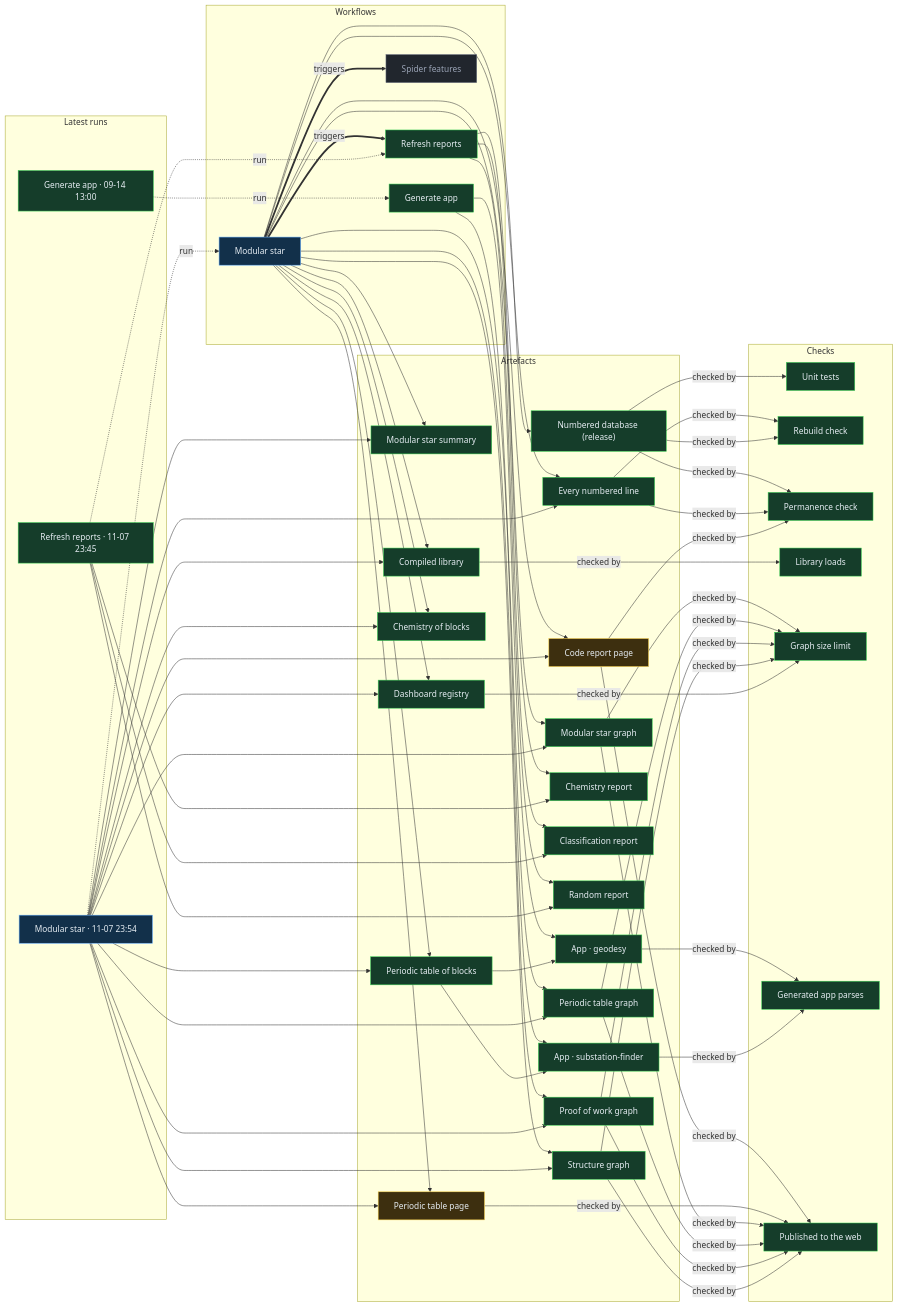
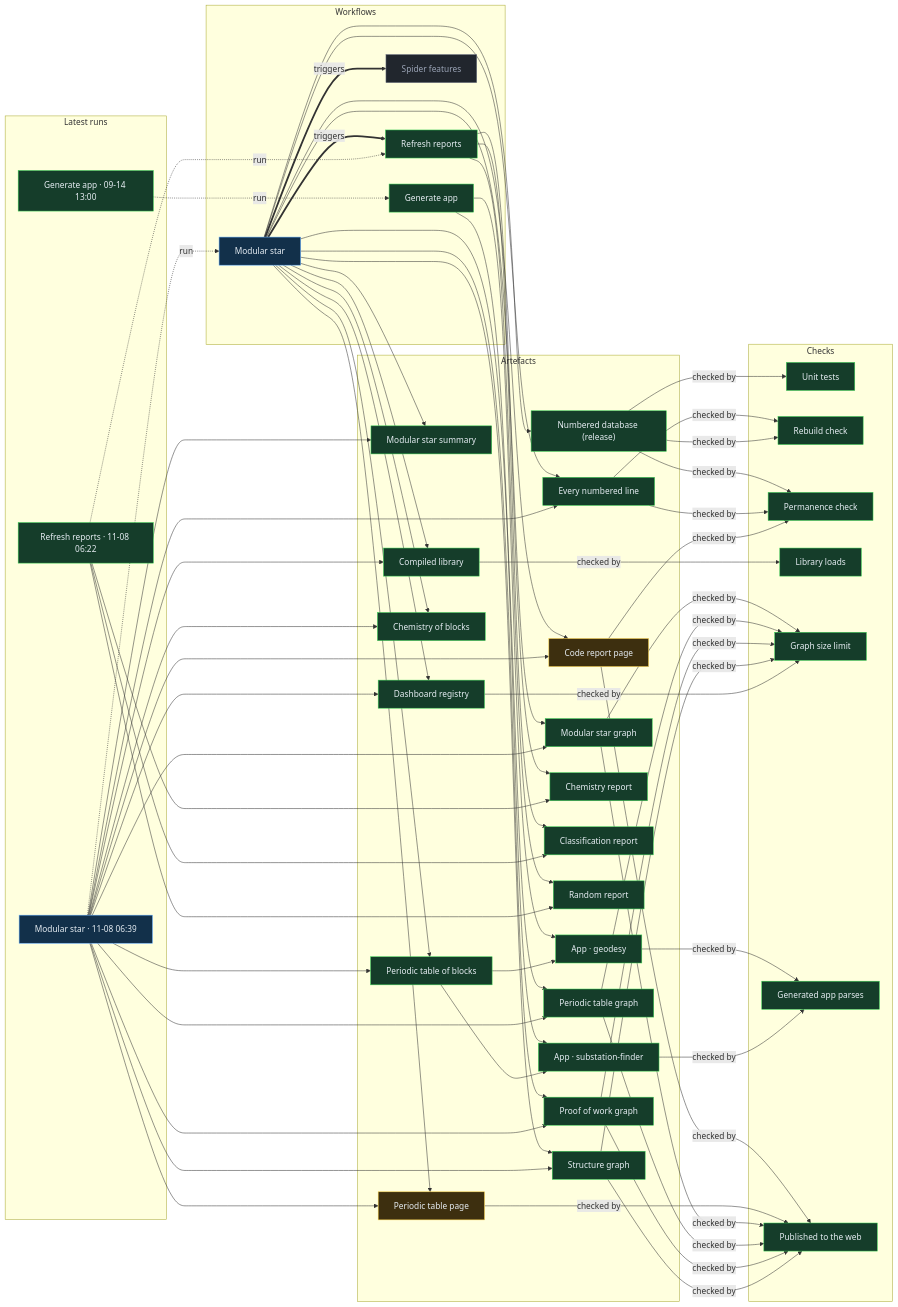
The diagram in proof/PROOF.md (Ventusltd/stars), drawn with Mermaid before and after one commit. The commit also changed other lines of this file and 49 other files, not shown here.

Commit message:
Modular star 2026-11-08T06:41Z

```diff
--- a/proof/PROOF.md
+++ b/proof/PROOF.md
@@ -24,8 +24,8 @@
   n_wf_spider_features["Spider features"]:::off
   end
   subgraph g_runs["Latest runs"]
-  n_run_42427373544["Modular star · 11-07 23:54"]:::live
-  n_run_42426654386["Refresh reports · 11-07 23:45"]:::ok
+  n_run_42455645183["Modular star · 11-08 06:39"]:::live
+  n_run_42454460699["Refresh reports · 11-08 06:22"]:::ok
   n_run_34846587798["Generate app · 09-14 13:00"]:::ok
   end
   subgraph g_artefacts["Artefacts"]
@@ -59,39 +59,39 @@
   end
   n_wf_modular_star == triggers ==> n_wf_refresh
   n_wf_modular_star == triggers ==> n_wf_spider_features
-  n_run_42427373544 -. run .-> n_wf_modular_star
-  n_run_42426654386 -. run .-> n_wf_refresh
+  n_run_42455645183 -. run .-> n_wf_modular_star
+  n_run_42454460699 -. run .-> n_wf_refresh
   n_run_34846587798 -. run .-> n_wf_generate
   n_wf_modular_star --> n_art_summary
-  n_run_42427373544 --> n_art_summary
+  n_run_42455645183 --> n_art_summary
   n_wf_modular_star --> n_art_lines
-  n_run_42427373544 --> n_art_lines
+  n_run_42455645183 --> n_art_lines
   n_wf_modular_star --> n_art_code
-  n_run_42427373544 --> n_art_code
+  n_run_42455645183 --> n_art_code
   n_wf_modular_star --> n_art_modular_graph
-  n_run_42427373544 --> n_art_modular_graph
+  n_run_42455645183 --> n_art_modular_graph
   n_wf_modular_star --> n_art_blocks
-  n_run_42427373544 --> n_art_blocks
+  n_run_42455645183 --> n_art_blocks
   n_wf_modular_star --> n_art_table
-  n_run_42427373544 --> n_art_table
+  n_run_42455645183 --> n_art_table
   n_wf_modular_star --> n_art_blocks_graph
-  n_run_42427373544 --> n_art_blocks_graph
+  n_run_42455645183 --> n_art_blocks_graph
   n_wf_modular_star --> n_art_reactions
-  n_run_42427373544 --> n_art_reactions
+  n_run_42455645183 --> n_art_reactions
   n_wf_modular_star --> n_art_library
-  n_run_42427373544 --> n_art_library
+  n_run_42455645183 --> n_art_library
   n_wf_modular_star --> n_art_features
-  n_run_42427373544 --> n_art_features
+  n_run_42455645183 --> n_art_features
   n_wf_modular_star --> n_art_proof
-  n_run_42427373544 --> n_art_proof
+  n_run_42455645183 --> n_art_proof
   n_wf_modular_star --> n_art_structure
-  n_run_42427373544 --> n_art_structure
+  n_run_42455645183 --> n_art_structure
   n_wf_refresh --> n_art_chemistry
-  n_run_42426654386 --> n_art_chemistry
+  n_run_42454460699 --> n_art_chemistry
   n_wf_refresh --> n_art_vedic
-  n_run_42426654386 --> n_art_vedic
+  n_run_42454460699 --> n_art_vedic
   n_wf_refresh --> n_art_random
-  n_run_42426654386 --> n_art_random
+  n_run_42454460699 --> n_art_random
   n_wf_modular_star --> n_art_release
   n_wf_generate --> n_app_geodesy
   n_art_blocks --> n_app_geodesy
```
